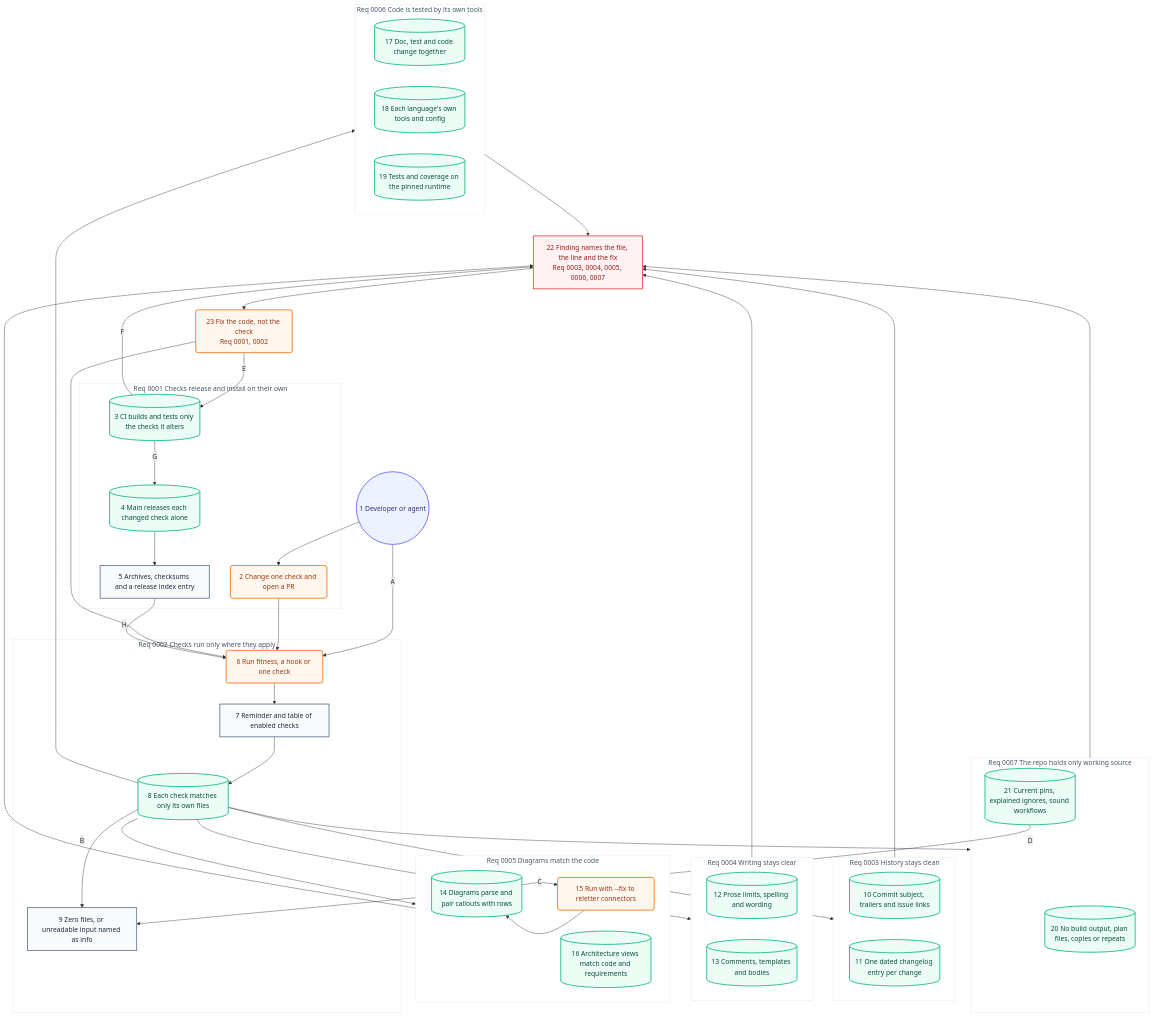
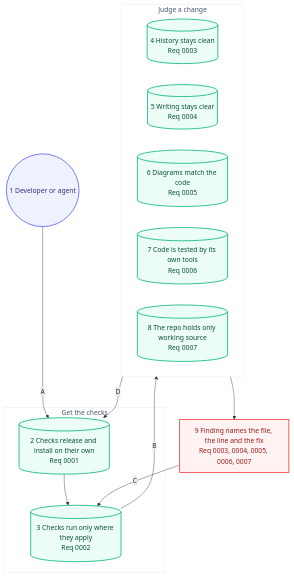
Before and after one commit to may-journal/fitness-checks: the second of 2 diagrams in docs/architecture/05-user-journey.md, drawn with Mermaid. The commit also changed other lines of this file and 1 other file, not shown here.

Commit message:
docs(architecture): draw the journey as one node per requirement
Each node is now a whole requirement doc, grouped into getting the checks
and judging a change, with the fix loop and the release loop between them.

````diff
--- a/docs/architecture/05-user-journey.md
+++ b/docs/architecture/05-user-journey.md
@@ -39,76 +39,27 @@
 flowchart TB
     dev((1 Developer or agent)):::persona
 
-    subgraph r1["Req 0001 Checks release and install on their own"]
-        change(2 Change one check and open a PR):::action
-        ci[(3 CI builds and tests only the checks it alters)]:::system
-        release[(4 Main releases each changed check alone)]:::system
-        index[5 Archives, checksums and a release index entry]:::screen
+    subgraph get["Get the checks"]
+        install[(2 Checks release and install on their own<br/>Req 0001)]:::system
+        apply[(3 Checks run only where they apply<br/>Req 0002)]:::system
     end
 
-    subgraph r2["Req 0002 Checks run only where they apply"]
-        run(6 Run fitness, a hook or one check):::action
-        reminder[7 Reminder and table of enabled checks]:::screen
-        match[(8 Each check matches only its own files)]:::system
-        skipped[9 Zero files, or unreadable input named as info]:::screen
+    subgraph judge["Judge a change"]
+        history[(4 History stays clean<br/>Req 0003)]:::system
+        writing[(5 Writing stays clear<br/>Req 0004)]:::system
+        diagrams[(6 Diagrams match the code<br/>Req 0005)]:::system
+        tested[(7 Code is tested by its own tools<br/>Req 0006)]:::system
+        source[(8 The repo holds only working source<br/>Req 0007)]:::system
     end
 
-    subgraph r3["Req 0003 History stays clean"]
-        commitChecks[(10 Commit subject, trailers and issue links)]:::system
-        changelogChecks[(11 One dated changelog entry per change)]:::system
-    end
+    red[9 Finding names the file, the line and the fix<br/>Req 0003, 0004, 0005, 0006, 0007]:::blocked
 
-    subgraph r4["Req 0004 Writing stays clear"]
-        proseChecks[(12 Prose limits, spelling and wording)]:::system
-        templateChecks[(13 Comments, templates and bodies)]:::system
-    end
-
-    subgraph r5["Req 0005 Diagrams match the code"]
-        mermaidChecks[(14 Diagrams parse and pair callouts with rows)]:::system
-        letters(15 Run with --fix to reletter connectors):::action
-        viewChecks[(16 Architecture views match code and requirements)]:::system
-    end
-
-    subgraph r6["Req 0006 Code is tested by its own tools"]
-        pairChecks[(17 Doc, test and code change together)]:::system
-        toolChecks[(18 Each language's own tools and config)]:::system
-        coverage[(19 Tests and coverage on the pinned runtime)]:::system
-    end
-
-    subgraph r7["Req 0007 The repo holds only working source"]
-        sourceChecks[(20 No build output, plan files, copies or repeats)]:::system
-        pinChecks[(21 Current pins, explained ignores, sound workflows)]:::system
-    end
-
-    red[22 Finding names the file, the line and the fix<br/>Req 0003, 0004, 0005, 0006, 0007]:::blocked
-    fix(23 Fix the code, not the check<br/>Req 0001, 0002):::action
-
-    dev --> change
-    dev -->|A| run
-    change --> run
-    run --> reminder
-    reminder --> match
-    match -->|B| skipped
-    match --> r3
-    match --> r4
-    match --> r5
-    match --> r6
-    match --> r7
-    mermaidChecks -->|C| letters
-    letters --> mermaidChecks
-    pinChecks -->|D| skipped
-    r3 --> red
-    r4 --> red
-    r5 --> red
-    r6 --> red
-    r7 --> red
-    red --> fix
-    fix --> run
-    fix -->|E| ci
-    ci -->|F| red
-    ci -->|G| release
-    release --> index
-    index -->|H| run
+    dev -->|A| install
+    install --> apply
+    apply -->|B| judge
+    judge --> red
+    red -->|C| apply
+    judge -->|D| install
 
     classDef persona fill:#eef2ff,stroke:#6366f1,color:#312e81,stroke-width:2px
     classDef screen fill:#f8fafc,stroke:#64748b,color:#1e293b,stroke-width:2px
@@ -116,11 +67,6 @@
     classDef system fill:#ecfdf5,stroke:#10b981,color:#064e3b,stroke-width:2px
     classDef blocked fill:#fef2f2,stroke:#ef4444,color:#991b1b,stroke-width:2px
 
-    style r1 fill:#ffffff,stroke:#e2e8f0,color:#475569,stroke-width:1px
-    style r2 fill:#ffffff,stroke:#e2e8f0,color:#475569,stroke-width:1px
-    style r3 fill:#ffffff,stroke:#e2e8f0,color:#475569,stroke-width:1px
-    style r4 fill:#ffffff,stroke:#e2e8f0,color:#475569,stroke-width:1px
-    style r5 fill:#ffffff,stroke:#e2e8f0,color:#475569,stroke-width:1px
-    style r6 fill:#ffffff,stroke:#e2e8f0,color:#475569,stroke-width:1px
-    style r7 fill:#ffffff,stroke:#e2e8f0,color:#475569,stroke-width:1px
+    style get fill:#ffffff,stroke:#e2e8f0,color:#475569,stroke-width:1px
+    style judge fill:#ffffff,stroke:#e2e8f0,color:#475569,stroke-width:1px
 ```
````
